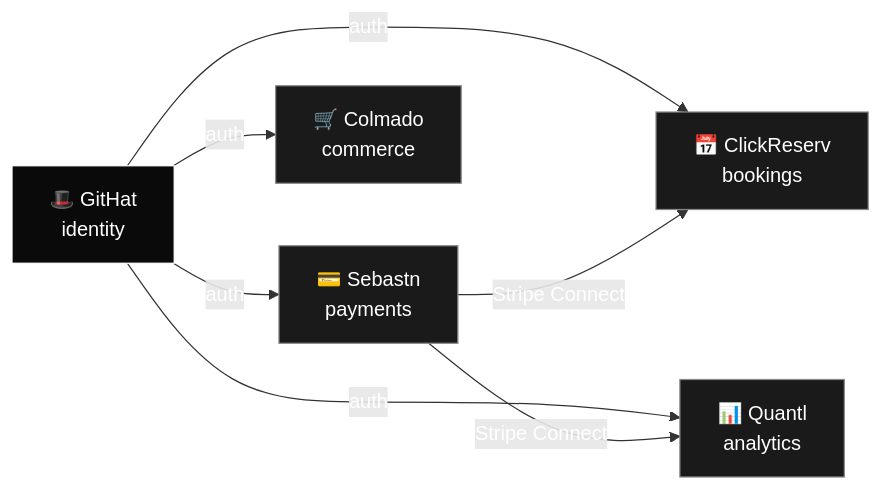
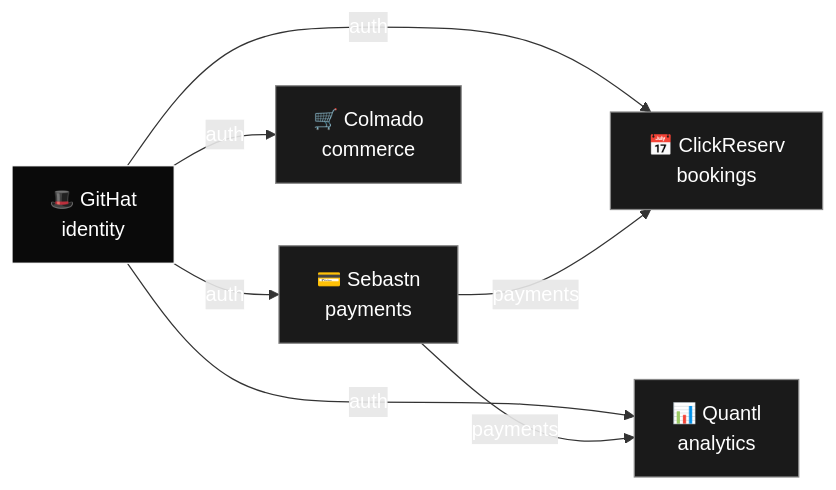
The diagram in README.md (doble196/doble196), drawn with Mermaid before and after one commit. The commit also changed other lines of this file, not shown here.

````diff
--- a/README.md
+++ b/README.md
@@ -19,14 +19,14 @@
 ```mermaid
 flowchart LR
     GitHat["🎩 GitHat<br/>identity"] -->|auth| Sebastn["💳 Sebastn<br/>payments"]
     GitHat -->|auth| ClickReserv["📅 ClickReserv<br/>bookings"]
     GitHat -->|auth| Quantl["📊 Quantl<br/>analytics"]
     GitHat -->|auth| Colmado["🛒 Colmado<br/>commerce"]
-    Sebastn -->|Stripe Connect| ClickReserv
-    Sebastn -->|Stripe Connect| Quantl
+    Sebastn -->|payments| ClickReserv
+    Sebastn -->|payments| Quantl
 
     classDef root fill:#0a0a0a,stroke:#fff,color:#fff
     classDef app fill:#1a1a1a,stroke:#888,color:#fff
     class GitHat root
     class Sebastn,ClickReserv,Quantl,Colmado app
 ```
````
